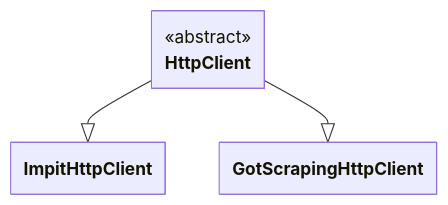
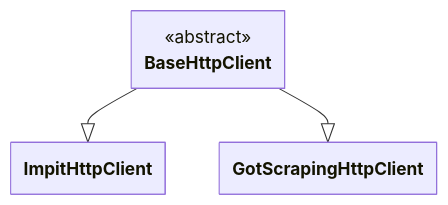
One commit to apify/crawlee changed the diagram in docs/guides/http-clients.mdx. Above: the diagram before and after it, drawn with Mermaid. The commit also changed other lines of this file, not shown here.

````diff
--- a/docs/guides/http-clients.mdx
+++ b/docs/guides/http-clients.mdx
@@ -17,32 +17,32 @@
 ```mermaid
 ---
 config:
     class:
         hideEmptyMembersBox: true
 ---
 
 classDiagram
 
 %% ========================
 %% Abstract classes
 %% ========================
 
-class HttpClient {
+class BaseHttpClient {
     <<abstract>>
 }
 
 %% ========================
 %% Specific classes
 %% ========================
 
 class ImpitHttpClient
 
 class GotScrapingHttpClient
 
 %% ========================
 %% Inheritance arrows
 %% ========================
 
-HttpClient --|> ImpitHttpClient
-HttpClient --|> GotScrapingHttpClient
+BaseHttpClient --|> ImpitHttpClient
+BaseHttpClient --|> GotScrapingHttpClient
 ```
````
